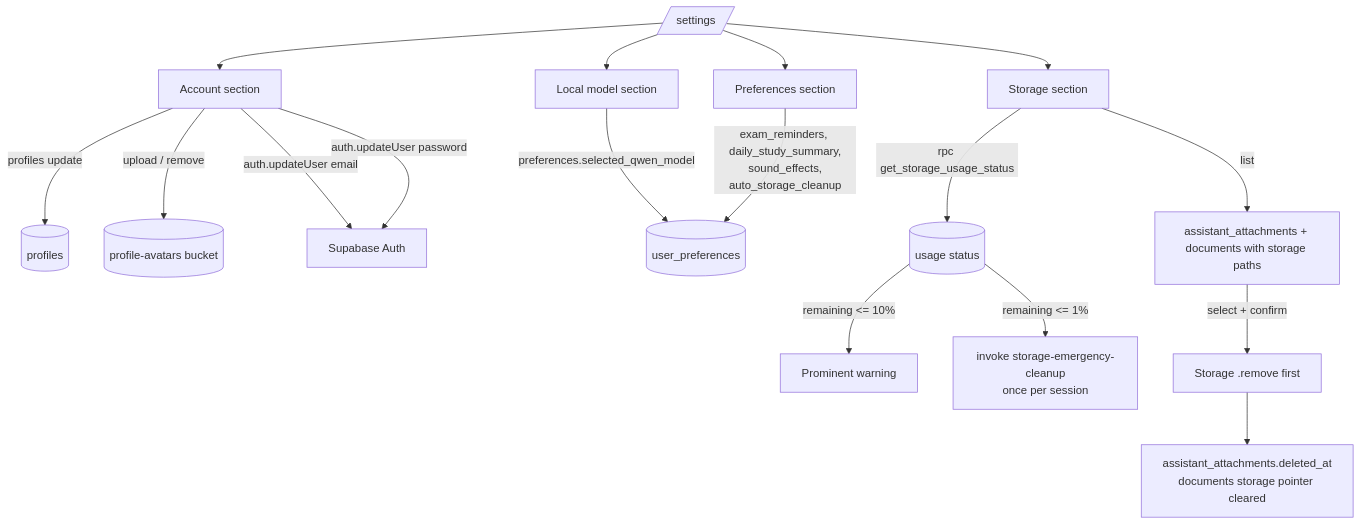
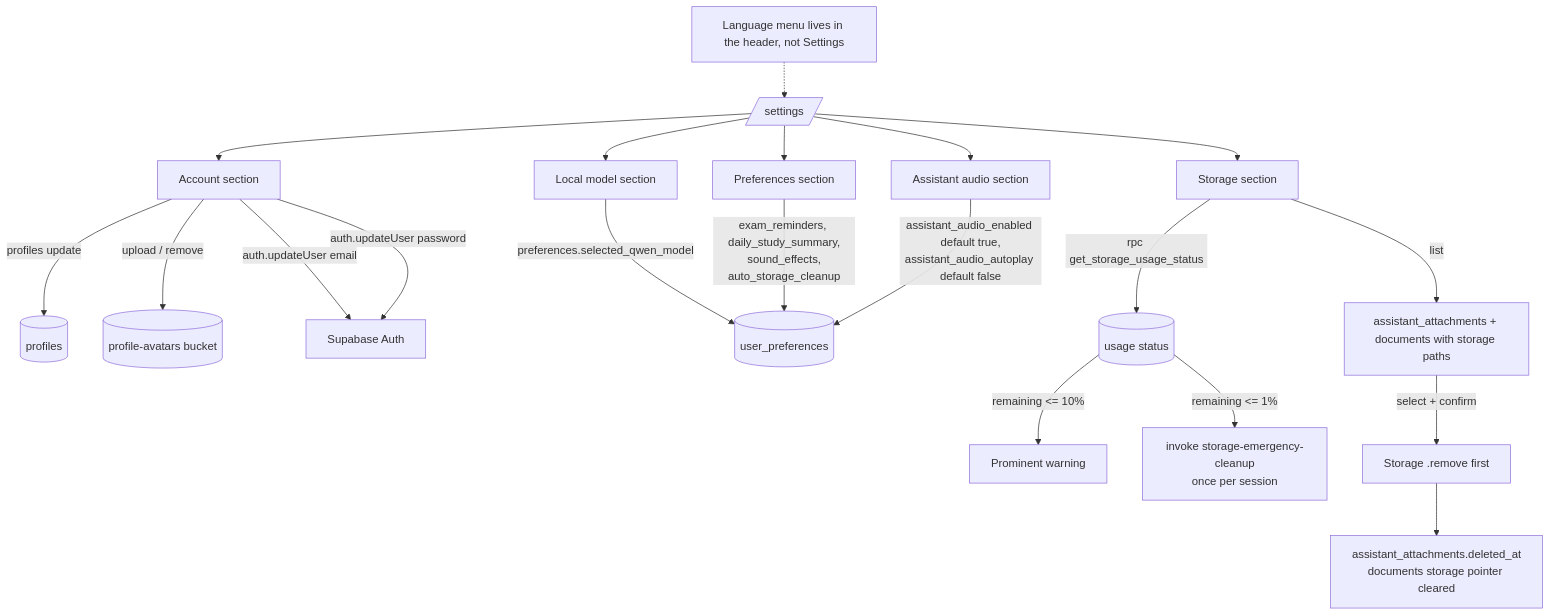
The diagram in docs/wireframes/17-settings-storage.mmd (keyshavmor/study-swiss-star), drawn with Mermaid before and after one commit. The commit also changed 140 other files, not shown here.

```diff
--- a/docs/wireframes/17-settings-storage.mmd
+++ b/docs/wireframes/17-settings-storage.mmd
@@ -1,21 +1,25 @@
 %% Settings and storage management against the live Supabase schema.
 flowchart TD
     S[/settings/] --> A[Account section]
     S --> M[Local model section]
     S --> P[Preferences section]
+    S --> AU2[Assistant audio section]
     S --> G[Storage section]
 
     A -->|profiles update| DBP[(profiles)]
     A -->|upload / remove| AV[(profile-avatars bucket)]
     A -->|auth.updateUser email| AU[Supabase Auth]
     A -->|auth.updateUser password| AU
 
     M -->|preferences.selected_qwen_model| DBU[(user_preferences)]
     P -->|exam_reminders, daily_study_summary,<br/>sound_effects,<br/>auto_storage_cleanup| DBU
+    AU2 -->|assistant_audio_enabled default true,<br/>assistant_audio_autoplay default false| DBU
+
+    NoteLang[Language menu lives in the header, not Settings] -.-> S
 
     G -->|rpc get_storage_usage_status| RPC[(usage status)]
     RPC -->|remaining <= 10%| W[Prominent warning]
     RPC -->|remaining <= 1%| EC[invoke storage-emergency-cleanup<br/>once per session]
     G -->|list| L[assistant_attachments + documents with storage paths]
     L -->|select + confirm| D1[Storage .remove first]
     D1 --> D2[assistant_attachments.deleted_at<br/>documents storage pointer cleared]
```
